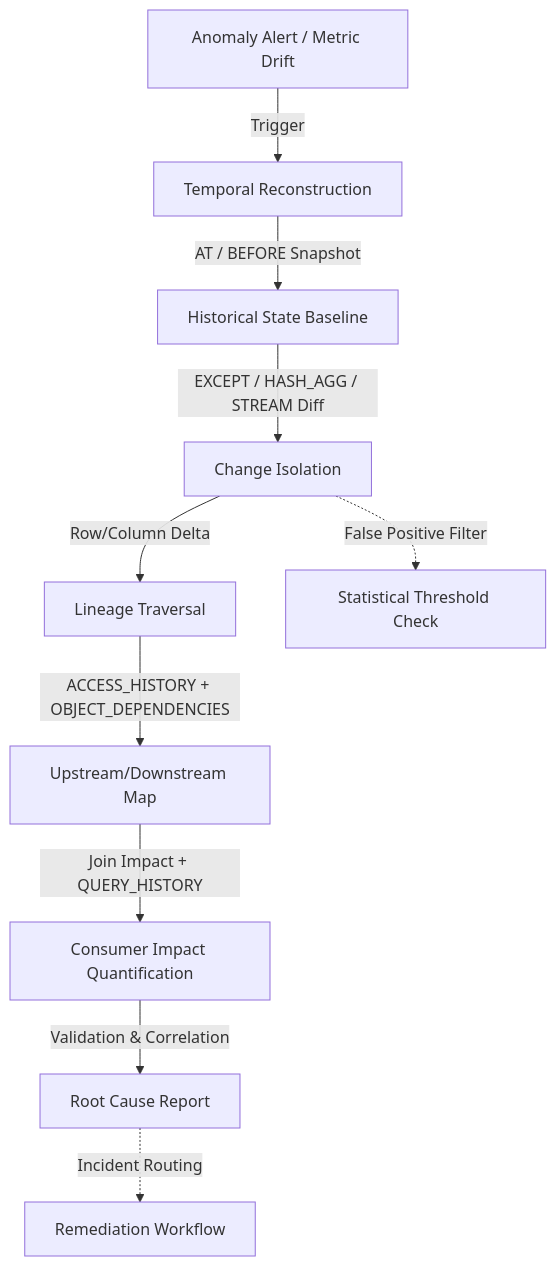
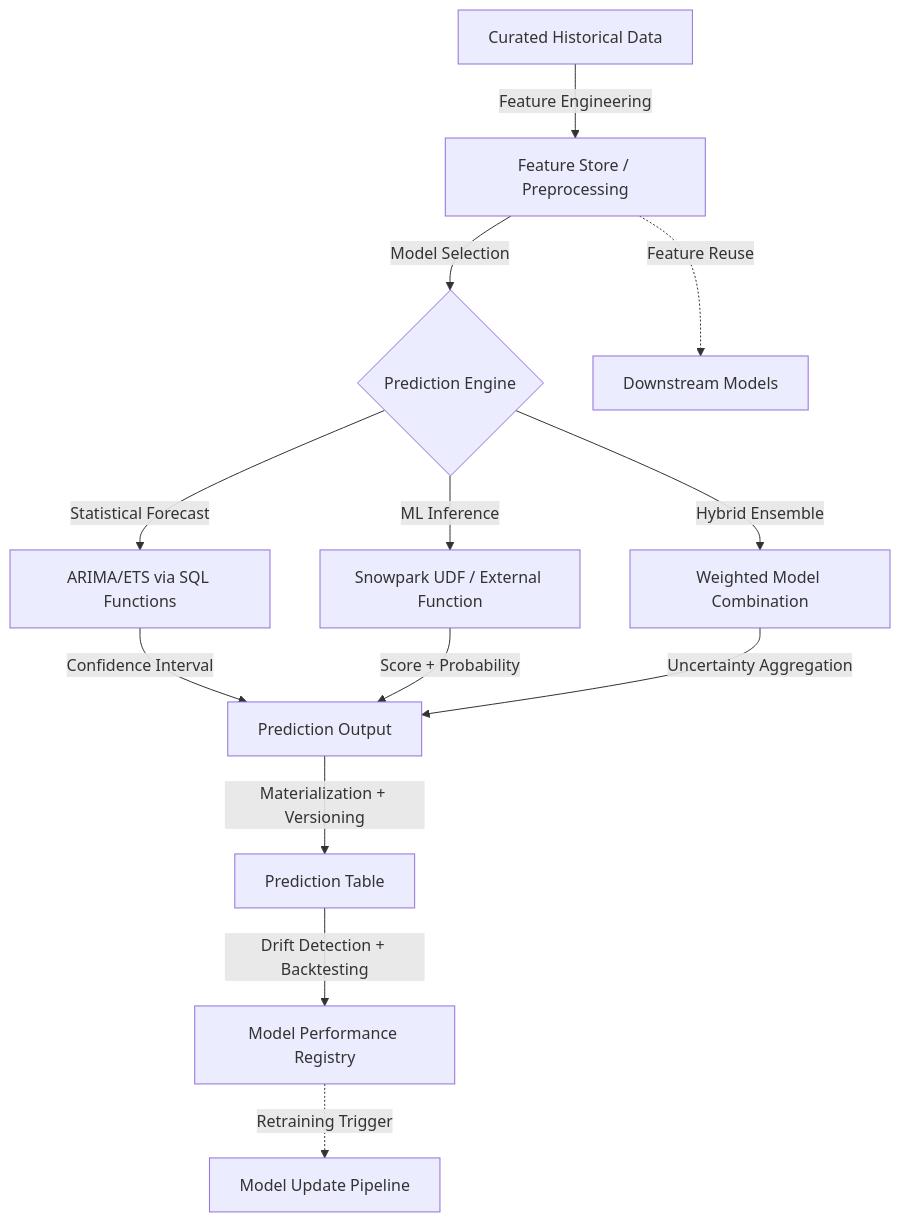
Before and after one commit to Balasubramanian-pg/Snowpro-Advanced: the diagram in 03 Data Analysis/3.4 Forecasting Predictive/3.4 Forecasting Predictive.md, drawn with Mermaid. The commit also changed other lines of this file, not shown here.

````diff
--- a/03 Data Analysis/3.4 Forecasting Predictive/3.4 Forecasting Predictive.md
+++ b/03 Data Analysis/3.4 Forecasting Predictive/3.4 Forecasting Predictive.md
@@ -25,12 +25,15 @@
 ```mermaid
 graph TD
-  A[Anomaly Alert / Metric Drift] -->|Trigger| B[Temporal Reconstruction]
-  B -->|AT / BEFORE Snapshot| C[Historical State Baseline]
-  C -->|EXCEPT / HASH_AGG / STREAM Diff| D[Change Isolation]
-  D -->|Row/Column Delta| E[Lineage Traversal]
-  E -->|ACCESS_HISTORY + OBJECT_DEPENDENCIES| F[Upstream/Downstream Map]
-  F -->|Join Impact + QUERY_HISTORY| G[Consumer Impact Quantification]
-  G -->|Validation & Correlation| H[Root Cause Report]
-  D -.->|False Positive Filter| I[Statistical Threshold Check]
-  H -.->|Incident Routing| J[Remediation Workflow]
+  A[Curated Historical Data] -->|Feature Engineering| B[Feature Store / Preprocessing]
+  B -->|Model Selection| C{Prediction Engine}
+  C -->|Statistical Forecast| D[ARIMA/ETS via SQL Functions]
+  C -->|ML Inference| E[Snowpark UDF / External Function]
+  C -->|Hybrid Ensemble| F[Weighted Model Combination]
+  D -->|Confidence Interval| G[Prediction Output]
+  E -->|Score + Probability| G
+  F -->|Uncertainty Aggregation| G
+  G -->|Materialization + Versioning| H[Prediction Table]
+  H -->|Drift Detection + Backtesting| I[Model Performance Registry]
+  B -.->|Feature Reuse| J[Downstream Models]
+  I -.->|Retraining Trigger| K[Model Update Pipeline]
 ```
````
